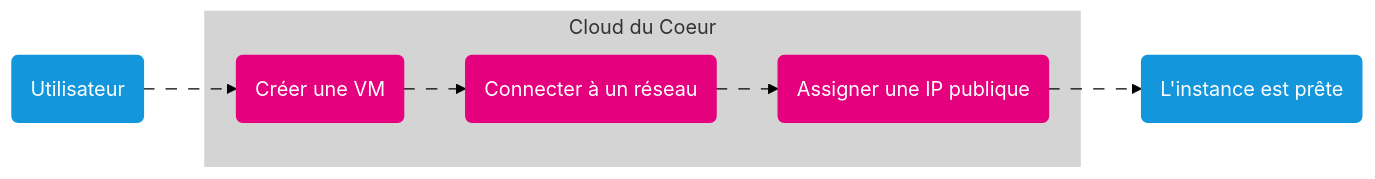
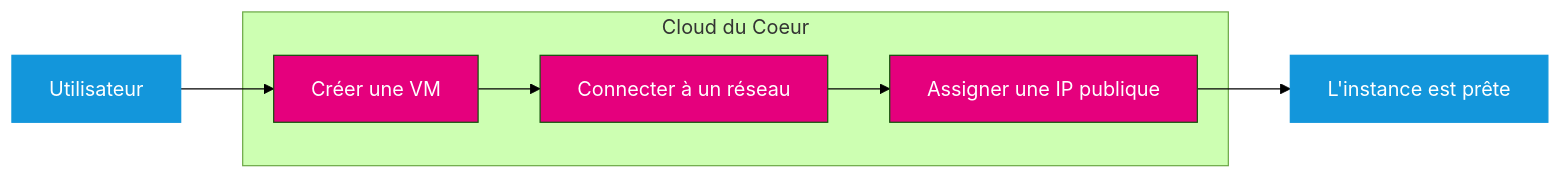
One commit to cloudducoeur/documentation changed the diagram in content/doc/openstack/bien-commencer/_index.md. Above: the diagram before and after it, drawn with Mermaid (forest theme).

Commit message:
add: mermaid graph - bien commencer

```diff
--- a/content/doc/openstack/bien-commencer/_index.md
+++ b/content/doc/openstack/bien-commencer/_index.md
@@ -38,28 +38,21 @@
 {{% mermaid %}}
 flowchart LR
 
-User( Utilisateur ) --> VM
+User[Utilisateur] --> VM
 
-subgraph Cloud[Cloud du Coeur]
-  VM( Créer une VM )
-  Net( Connecter à un réseau )
-  IP( Assigner une IP publique )
+subgraph cloudBox["Cloud du Coeur"]
+  VM[Créer une VM]
+  Net[Connecter à un réseau]
+  IP[Assigner une IP publique]
 
-  VM --> Net
-  Net --> IP
+  VM --> Net --> IP
 end
 
-IP --> Ready( L'instance est prête )
+IP --> Ready[L'instance est prête]
 
-%% Style
-classDef main fill:#e5007d,color:#ffffff,stroke:#e5007d
+classDef main fill:#e5007d,color:#ffffff
 classDef step fill:#1396db,stroke:#1396db,color:#fff
-classDef cloud fill:#D4D4D4,stroke:#D4D4D4,stroke-width:2px
 
 class VM,Net,IP main
 class User,Ready step
-class Cloud cloud
-
-%% Animation des flèches
-linkStyle default stroke-dasharray: 9,5,stroke-dashoffset: 900,animation: dash 25s linear infinite;
 {{% /mermaid %}}
```
